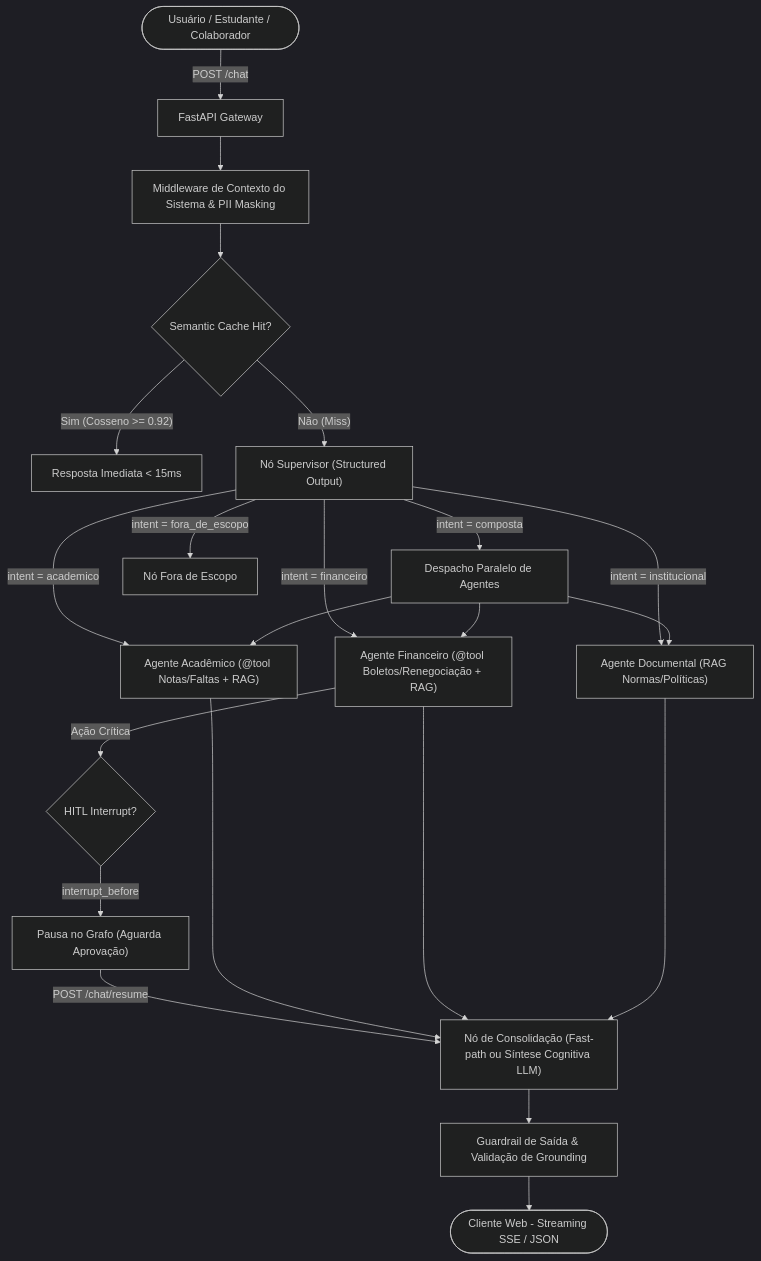
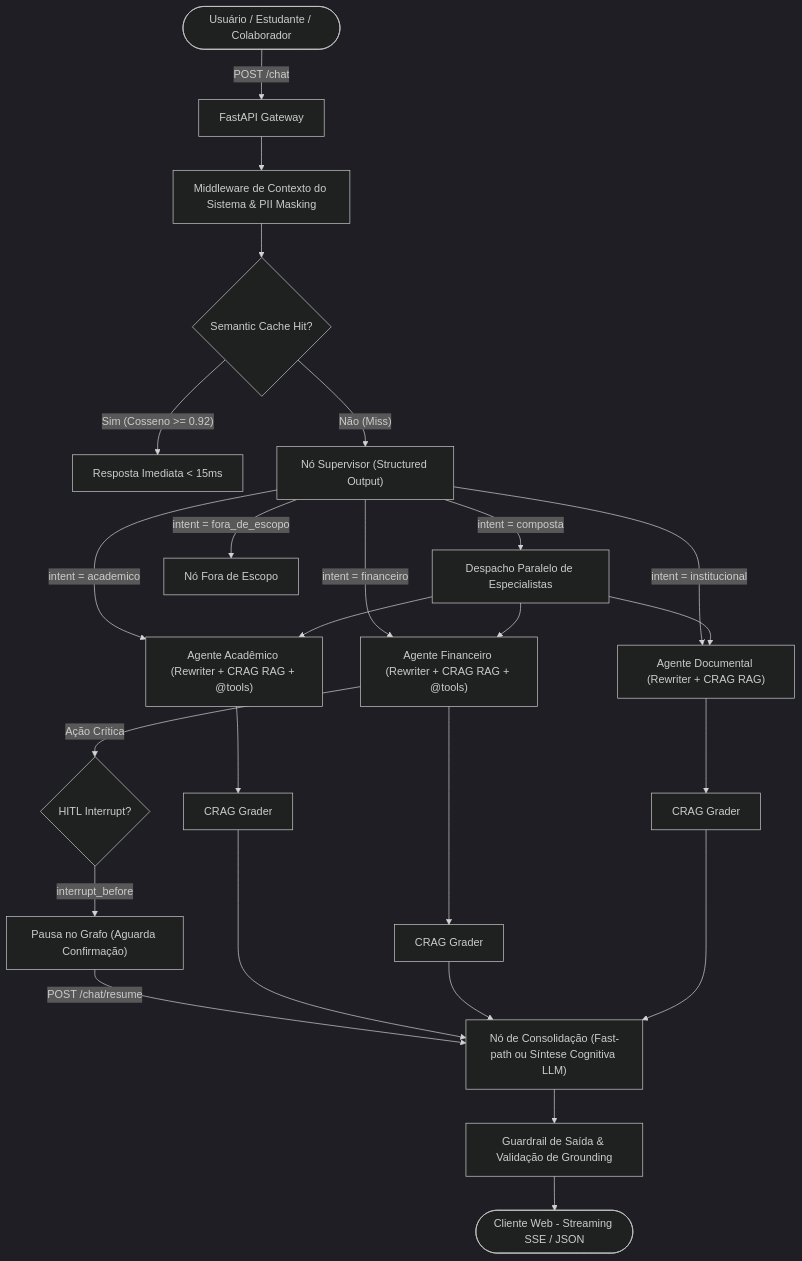
The diagram in README.md (henriquebotelhogomes/UsiEdu), drawn with Mermaid (dark theme) before and after one commit. The commit also changed other lines of this file and 16 other files, not shown here.

Commit message:
feat(rag): implementa CRAG grader, contextual retrieval, synthetic testset e atualiza frontend/docs

````diff
--- a/README.md
+++ b/README.md
@@ -51,30 +52,34 @@
 ```mermaid
 graph TD
     User([Usuário / Estudante / Colaborador]) -->|POST /chat| API[FastAPI Gateway]
     API --> Middleware[Middleware de Contexto do Sistema & PII Masking]
     
     Middleware --> Cache{Semantic Cache Hit?}
     Cache -->|"Sim (Cosseno >= 0.92)"| FastResponse[Resposta Imediata < 15ms]
     Cache -->|"Não (Miss)"| Supervisor["Nó Supervisor (Structured Output)"]
     
-    Supervisor -->|intent = academico| Academico["Agente Acadêmico (@tool Notas/Faltas + RAG)"]
-    Supervisor -->|intent = financeiro| Financeiro["Agente Financeiro (@tool Boletos/Renegociação + RAG)"]
-    Supervisor -->|intent = institucional| Documental["Agente Documental (RAG Normas/Políticas)"]
-    Supervisor -->|intent = composta| Parallel["Despacho Paralelo de Agentes"]
+    Supervisor -->|intent = academico| Academico["Agente Acadêmico (Rewriter + CRAG RAG + @tools)"]
+    Supervisor -->|intent = financeiro| Financeiro["Agente Financeiro (Rewriter + CRAG RAG + @tools)"]
+    Supervisor -->|intent = institucional| Documental["Agente Documental (Rewriter + CRAG RAG)"]
+    Supervisor -->|intent = composta| Parallel["Despacho Paralelo de Especialistas"]
     Supervisor -->|intent = fora_de_escopo| OutOfScope["Nó Fora de Escopo"]
     
     Parallel --> Academico
     Parallel --> Financeiro
     Parallel --> Documental
     
+    Academico --> CRAG_A[CRAG Grader]
+    Financeiro --> CRAG_F[CRAG Grader]
+    Documental --> CRAG_D[CRAG Grader]
+    
     Financeiro -->|Ação Crítica| HITL{HITL Interrupt?}
-    HITL -->|interrupt_before| Suspend["Pausa no Grafo (Aguarda Aprovação)"]
+    HITL -->|interrupt_before| Suspend["Pausa no Grafo (Aguarda Confirmação)"]
     Suspend -->|POST /chat/resume| Consolidation
     
-    Academico --> Consolidation["Nó de Consolidação (Fast-path ou Síntese Cognitiva LLM)"]
-    Financeiro --> Consolidation
-    Documental --> Consolidation
+    CRAG_A --> Consolidation["Nó de Consolidação (Fast-path ou Síntese Cognitiva LLM)"]
+    CRAG_F --> Consolidation
+    CRAG_D --> Consolidation
     
     Consolidation --> GuardrailsOut[Guardrail de Saída & Validação de Grounding]
     GuardrailsOut --> Client([Cliente Web - Streaming SSE / JSON])
 ```
````
